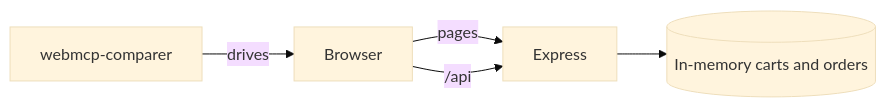
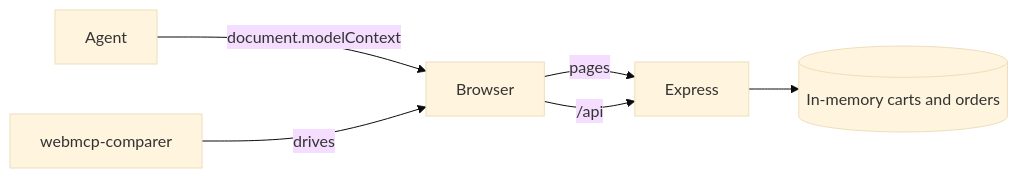
One commit to sredhu37/webmcp-101 changed the diagram in ARCHITECTURE.md. Above: the diagram before and after it, drawn with Mermaid (base theme). The commit also changed other lines of this file and 13 other files, not shown here.

````diff
--- a/ARCHITECTURE.md
+++ b/ARCHITECTURE.md
@@ -7,7 +7,8 @@
 ```mermaid
 flowchart LR
   Browser -->|pages| Express
   Browser -->|/api| Express
+  Agent -->|document.modelContext| Browser
   Express --> Store[(In-memory carts and orders)]
   Comparer[webmcp-comparer] -->|drives| Browser
 ```
````
